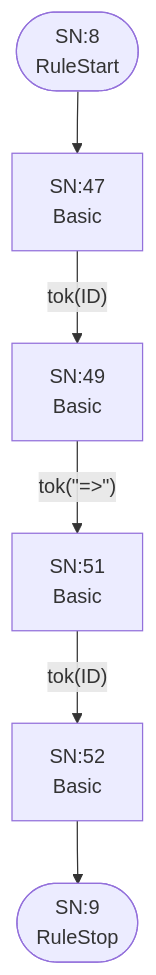
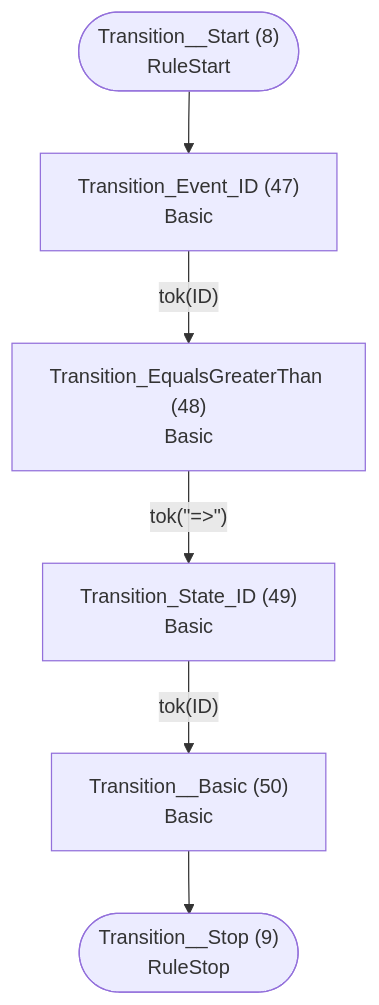
One commit to TypeFox/fastbelt changed the fifth of 5 diagrams in examples/statemachine/atn.md. Above: the diagram before and after it, drawn with Mermaid. The commit also changed other lines of this file and 26 other files, not shown here.

````diff
--- a/examples/statemachine/atn.md
+++ b/examples/statemachine/atn.md
@@ -126,15 +126,15 @@
 ```mermaid
 flowchart TD
-    q8(["SN:8<br/>RuleStart"])
-    q9(["SN:9<br/>RuleStop"])
-    q47["SN:47<br/>Basic<br/>"]
-    q48["SN:49<br/>Basic<br/>"]
-    q49["SN:51<br/>Basic<br/>"]
-    q50["SN:52<br/>Basic<br/>"]
+    q8(["Transition__Start (8)<br/>RuleStart"])
+    q9(["Transition__Stop (9)<br/>RuleStop"])
+    q47["Transition_Event_ID (47)<br/>Basic<br/>"]
+    q48["Transition_EqualsGreaterThan (48)<br/>Basic<br/>"]
+    q49["Transition_State_ID (49)<br/>Basic<br/>"]
+    q50["Transition__Basic (50)<br/>Basic<br/>"]
 
     q8 --> q47
     q47 -->|"tok(ID)"| q48
     q48 -->|"tok(&quot;=>&quot;)"| q49
     q49 -->|"tok(ID)"| q50
     q50 --> q9
 ```
````
